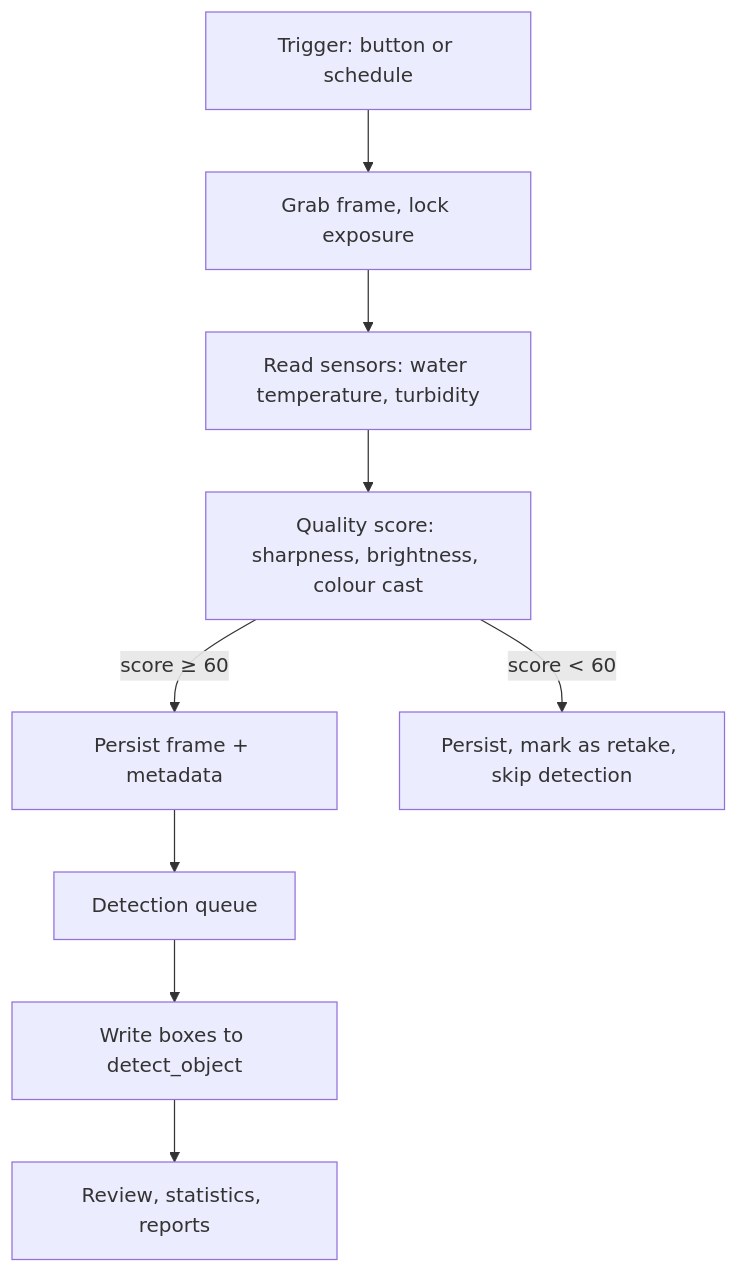
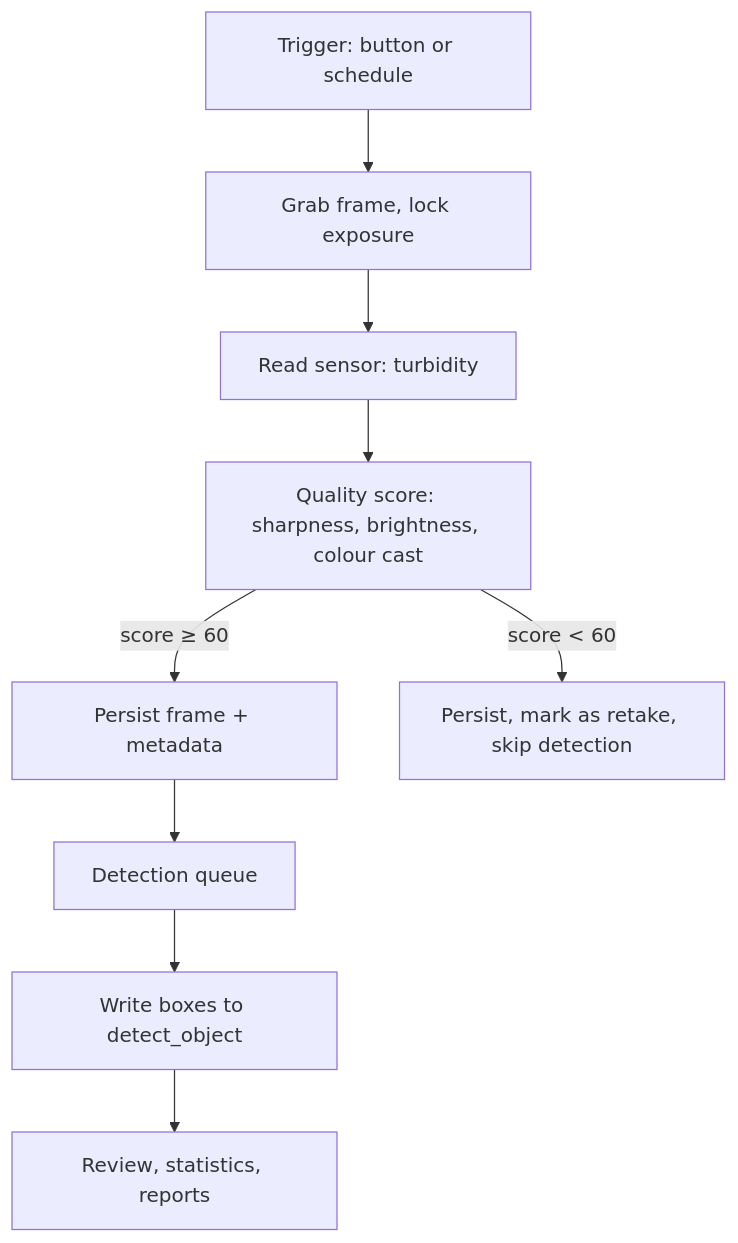
One commit to FrozenYty/aquavision changed the second of 2 diagrams in docs/architecture-en.md. Above: the diagram before and after it, drawn with Mermaid. The commit also changed 6 other files, not shown here.

````diff
--- a/docs/architecture-en.md
+++ b/docs/architecture-en.md
@@ -95,11 +95,11 @@
 ```mermaid
 flowchart TD
     A[Trigger: button or schedule] --> B[Grab frame, lock exposure]
-    B --> C[Read sensors: water temperature, turbidity]
+    B --> C[Read sensor: turbidity]
     C --> D[Quality score: sharpness, brightness, colour cast]
     D -->|score ≥ 60| E[Persist frame + metadata]
     D -->|score < 60| F[Persist, mark as retake, skip detection]
     E --> G[Detection queue]
     G --> H[Write boxes to detect_object]
     H --> I[Review, statistics, reports]
 ```
````
